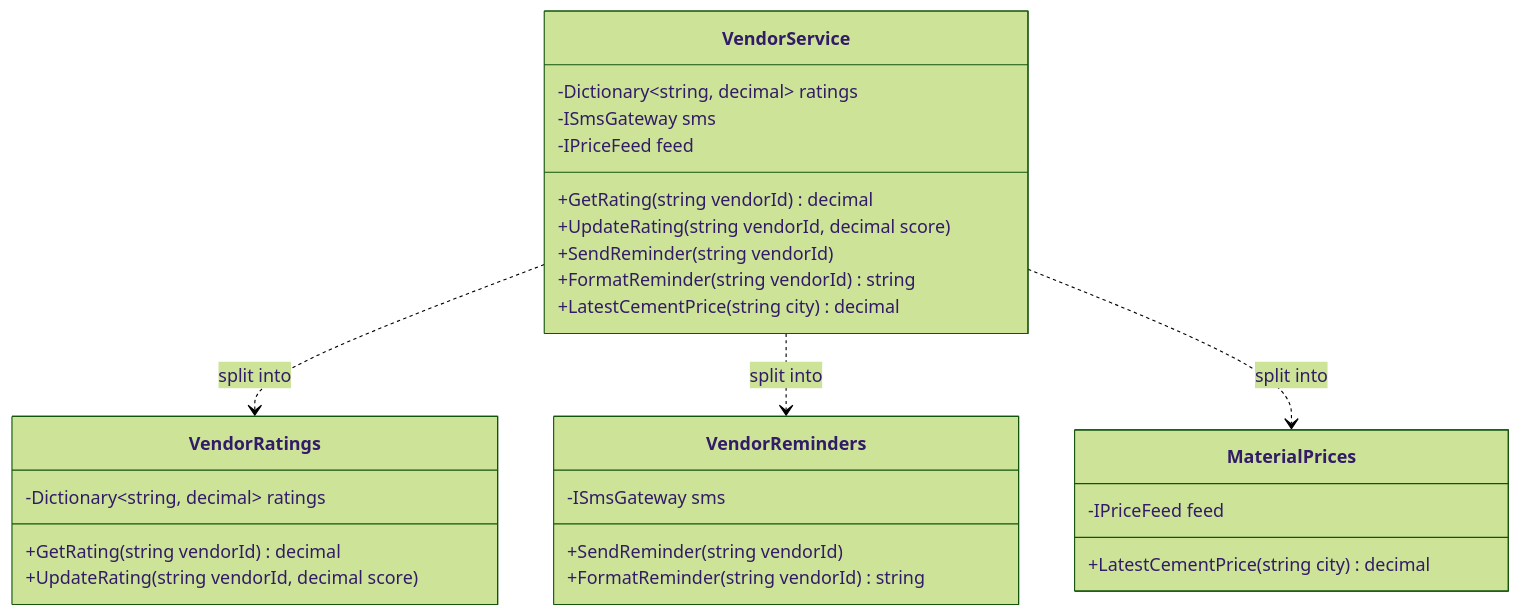
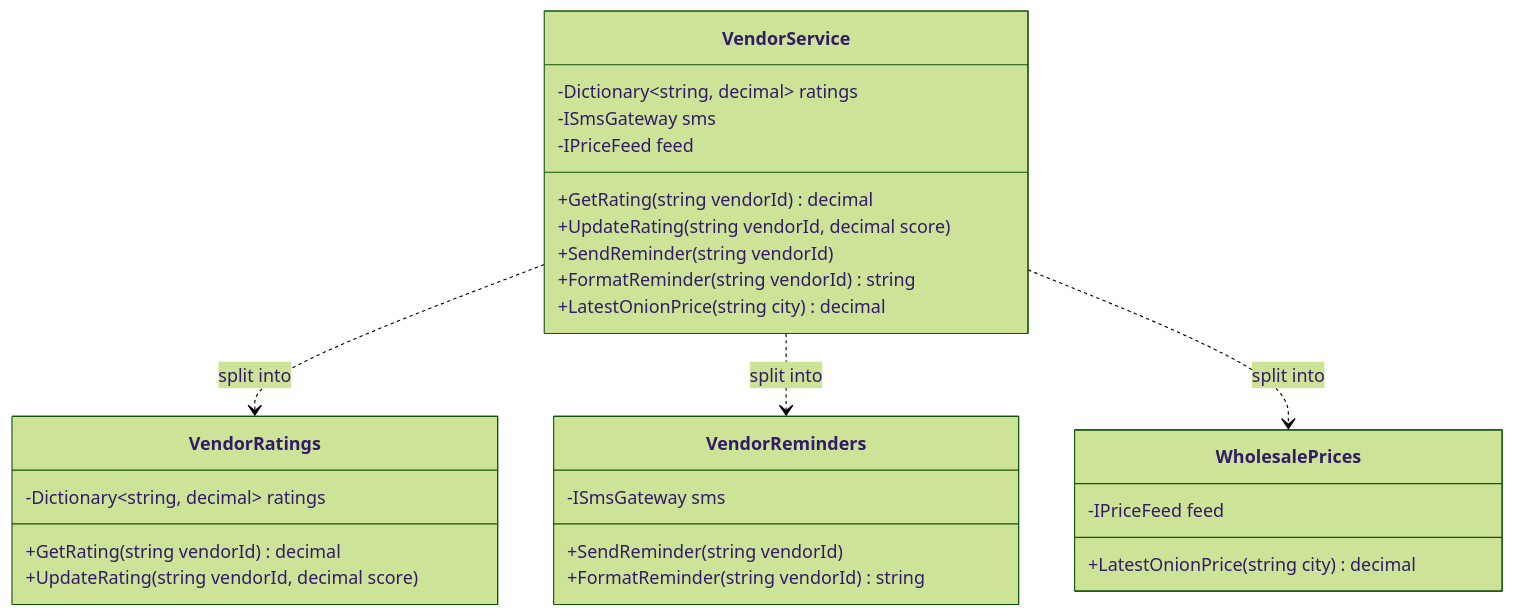
The second of 4 diagrams in content/lessons/m02/m02-coupling-cohesion.md (rizwi0786/system-design-lab), drawn with Mermaid (forest theme) before and after one commit. The commit also changed other lines of this file and 334 other files, not shown here.

````diff
--- a/content/lessons/m02/m02-coupling-cohesion.md
+++ b/content/lessons/m02/m02-coupling-cohesion.md
@@ -206,30 +206,30 @@
 ```mermaid
 classDiagram
     class VendorService {
         -Dictionary~string, decimal~ ratings
         -ISmsGateway sms
         -IPriceFeed feed
         +GetRating(string vendorId) decimal
         +UpdateRating(string vendorId, decimal score)
         +SendReminder(string vendorId)
         +FormatReminder(string vendorId) string
-        +LatestCementPrice(string city) decimal
+        +LatestOnionPrice(string city) decimal
     }
     class VendorRatings {
         -Dictionary~string, decimal~ ratings
         +GetRating(string vendorId) decimal
         +UpdateRating(string vendorId, decimal score)
     }
     class VendorReminders {
         -ISmsGateway sms
         +SendReminder(string vendorId)
         +FormatReminder(string vendorId) string
     }
-    class MaterialPrices {
+    class WholesalePrices {
         -IPriceFeed feed
-        +LatestCementPrice(string city) decimal
+        +LatestOnionPrice(string city) decimal
     }
     VendorService ..> VendorRatings : split into
     VendorService ..> VendorReminders : split into
-    VendorService ..> MaterialPrices : split into
+    VendorService ..> WholesalePrices : split into
 ```
````
